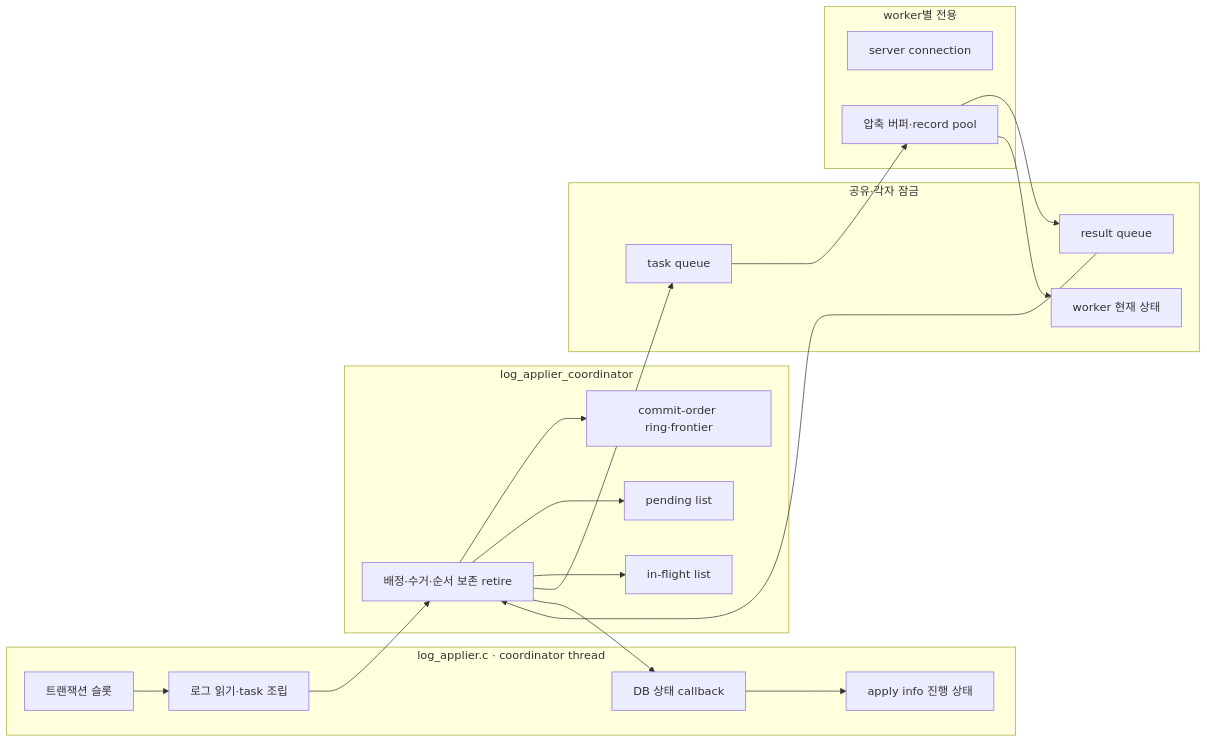
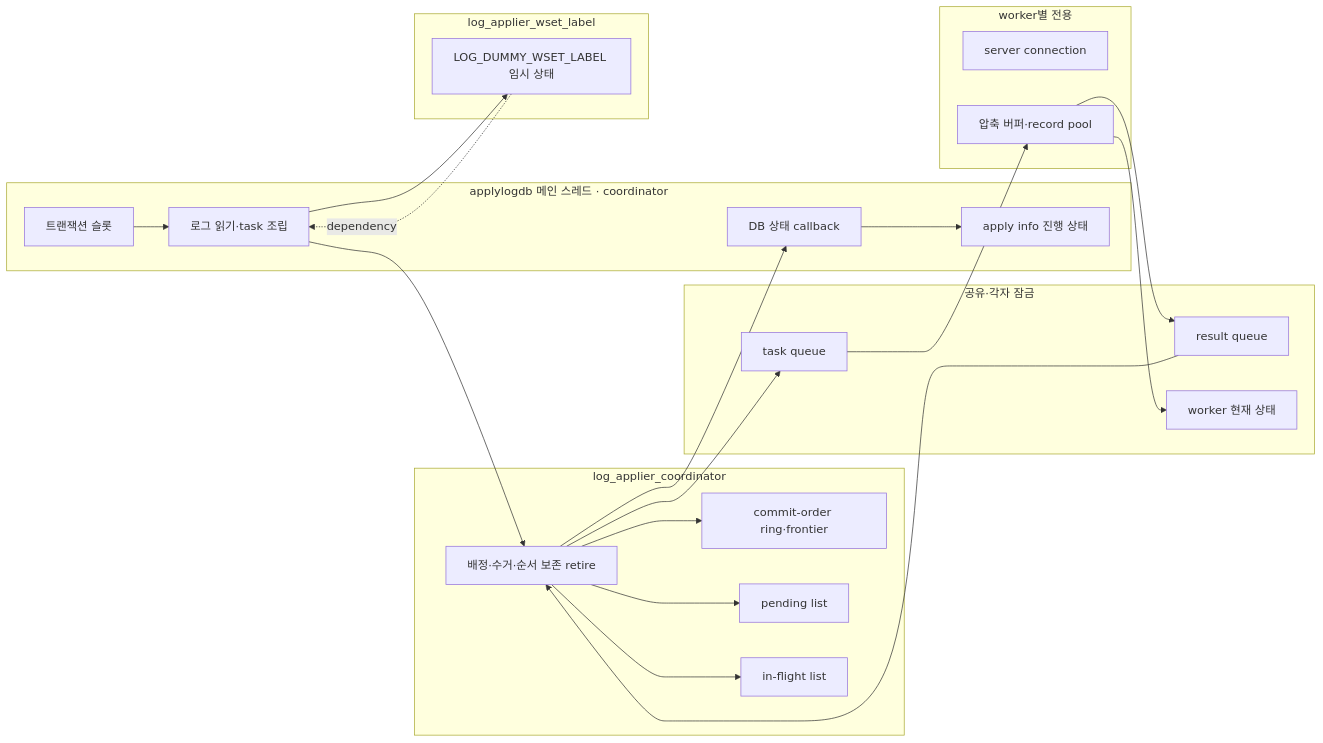
The second of 8 diagrams in writeset-design/_impl/02-slave-implementation-design.md (youngjun9072/Workspace), drawn with Mermaid before and after one commit. The commit also changed other lines of this file and 61 other files, not shown here.

````diff
--- a/writeset-design/_impl/02-slave-implementation-design.md
+++ b/writeset-design/_impl/02-slave-implementation-design.md
@@ -277,33 +261,39 @@
 ```mermaid
 flowchart LR
-  subgraph MAIN[log_applier.c · coordinator thread]
-    READER[로그 읽기·task 조립]
+  subgraph MAIN[applylogdb 메인 스레드 · coordinator]
+    APPLIER[로그 읽기·task 조립]
     SLOT[트랜잭션 슬롯]
     CALLBACK[DB 상태 callback]
     INFO[apply info 진행 상태]
   end
   subgraph C[log_applier_coordinator]
     ORCH[배정·수거·순서 보존 retire]
     GATE[commit-order ring·frontier]
     PENDING[pending list]
     INFLIGHT[in-flight list]
+  end
+  subgraph H[log_applier_wset_label]
+    LABEL[LOG_DUMMY_WSET_LABEL 임시 상태]
   end
   subgraph S[공유·각자 잠금]
     TQ[task queue]
     RQ[result queue]
     LIVE[worker 현재 상태]
   end
   subgraph W[worker별 전용]
     SESSION[server connection]
     CONTEXT[압축 버퍼·record pool]
   end
 
-  SLOT --> READER --> ORCH
+  SLOT --> APPLIER
+  APPLIER --> LABEL
+  LABEL -. dependency .-> APPLIER
+  APPLIER --> ORCH
   ORCH --> GATE
   ORCH --> PENDING
   ORCH --> INFLIGHT
   ORCH --> TQ --> CONTEXT
   CONTEXT --> RQ --> ORCH
   ORCH --> CALLBACK --> INFO
   CONTEXT --> LIVE
 ```
````
